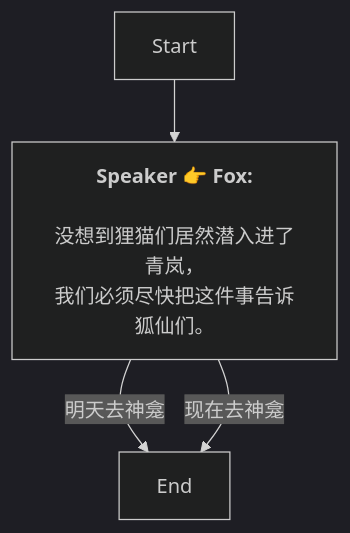
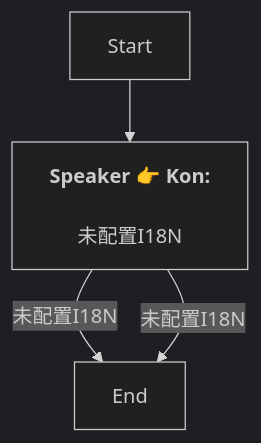
The diagram in Zh/QuestStartTalkENode_1761909448383730.md (SoftHu/tos_avg), drawn with Mermaid (dark theme) before and after one commit. The commit also changed 730 other files, not shown here.

````diff
--- a/Zh/QuestStartTalkENode_1761909448383730.md
+++ b/Zh/QuestStartTalkENode_1761909448383730.md
@@ -1,9 +1,8 @@
 ```mermaid
 graph
-Start -->1761910188962040[<b>Speaker 👉 Fox:</b>
-\n没想到狸猫们居然潜入进了青岚，
-我们必须尽快把这件事告诉狐仙们。]
-1761910188962040 -->|明天去神龛|1761910593586431[End]
-1761910188962040 -->|现在去神龛|1761910593586431[End]
+Start -->1761910188962040[<b>Speaker 👉 Kon:</b>
+\n未配置I18N]
+1761910188962040 -->|未配置I18N|1761910593586431[End]
+1761910188962040 -->|未配置I18N|1761910593586431[End]
 
 ```
````
